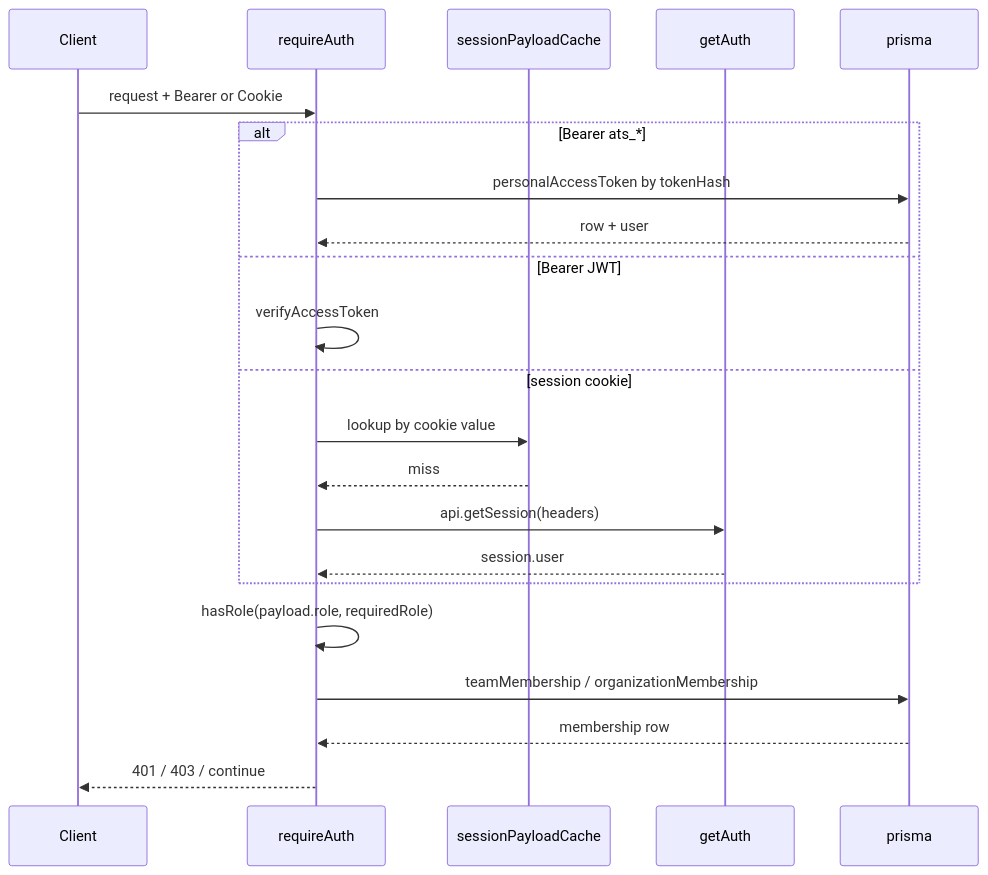
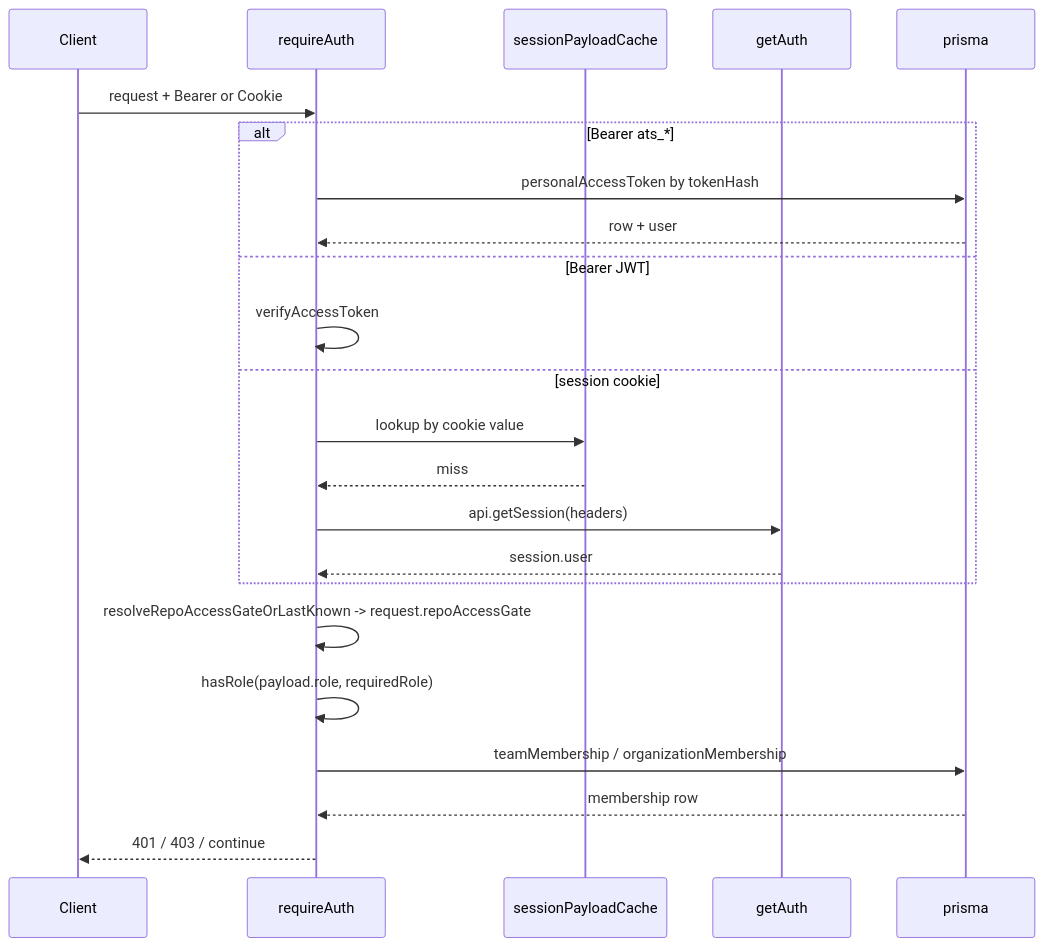
Before and after one commit to yorch/auto-swe: the diagram in wiki/3.2-authentication-and-rbac.md, drawn with Mermaid. The commit also changed other lines of this file and 15 other files, not shown here.

````diff
--- a/wiki/3.2-authentication-and-rbac.md
+++ b/wiki/3.2-authentication-and-rbac.md
@@ -74,25 +79,26 @@
 ```mermaid
 sequenceDiagram
     participant Client
     participant requireAuth
     participant sessionPayloadCache
     participant getAuth
     participant prisma
 
     Client->>requireAuth: request + Bearer or Cookie
     alt Bearer ats_*
         requireAuth->>prisma: personalAccessToken by tokenHash
         prisma-->>requireAuth: row + user
     else Bearer JWT
         requireAuth->>requireAuth: verifyAccessToken
     else session cookie
         requireAuth->>sessionPayloadCache: lookup by cookie value
         sessionPayloadCache-->>requireAuth: miss
         requireAuth->>getAuth: api.getSession(headers)
         getAuth-->>requireAuth: session.user
     end
+    requireAuth->>requireAuth: resolveRepoAccessGateOrLastKnown -> request.repoAccessGate
     requireAuth->>requireAuth: hasRole(payload.role, requiredRole)
     requireAuth->>prisma: teamMembership / organizationMembership
     prisma-->>requireAuth: membership row
     requireAuth-->>Client: 401 / 403 / continue
 ```
````
